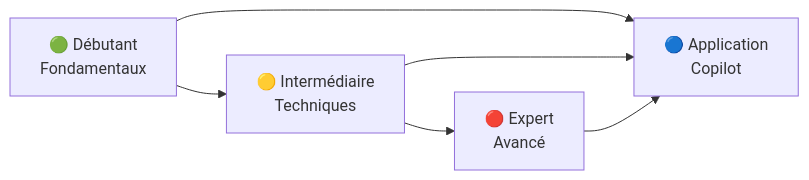
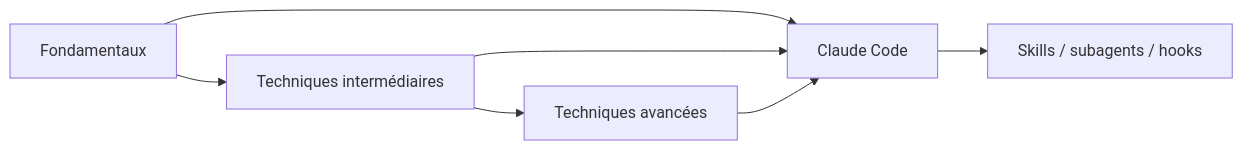
One commit to FTurleque/doc-utilisation-ia changed the second of 2 diagrams in docs/chapitre-5-prompt-engineering/index.md. Above: the diagram before and after it, drawn with Mermaid. The commit also changed other lines of this file and 261 other files, not shown here.

First line of the commit message:
docs: réorienter la documentation vers Claude Code en conservant Copilot (#27)

````diff
--- a/docs/chapitre-5-prompt-engineering/index.md
+++ b/docs/chapitre-5-prompt-engineering/index.md
@@ -78,9 +141,9 @@
 ```mermaid
 graph LR
-    A["🟢 Débutant\nFondamentaux"] --> B["🟡 Intermédiaire\nTechniques"]
-    B --> C["🔴 Expert\nAvancé"]
-    A --> D["🔵 Application\nCopilot"]
+    A["Fondamentaux"] --> B["Techniques intermédiaires"]
+    B --> C["Techniques avancées"]
+    A --> D["Claude Code"]
     B --> D
     C --> D
-
+    D --> E["Skills / subagents / hooks"]
 ```
````
